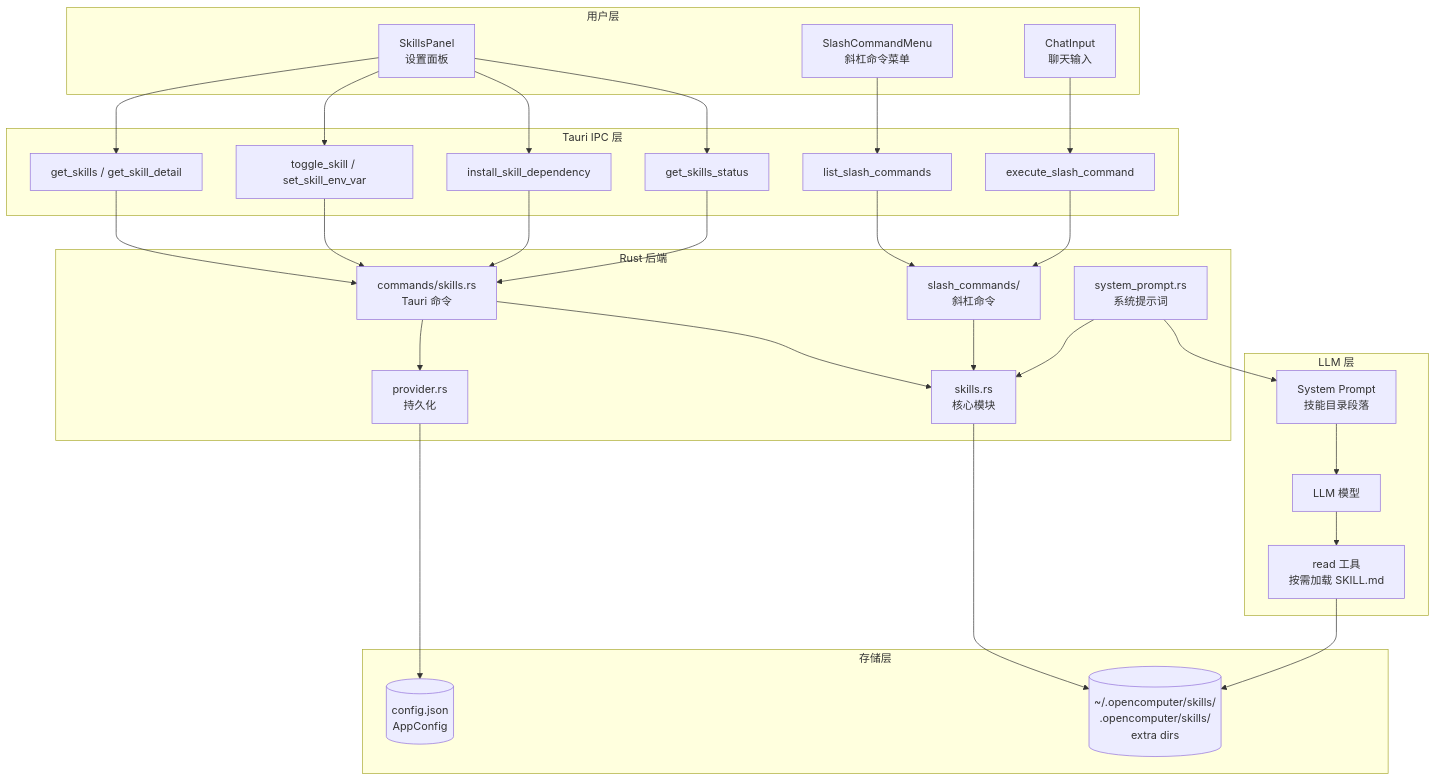
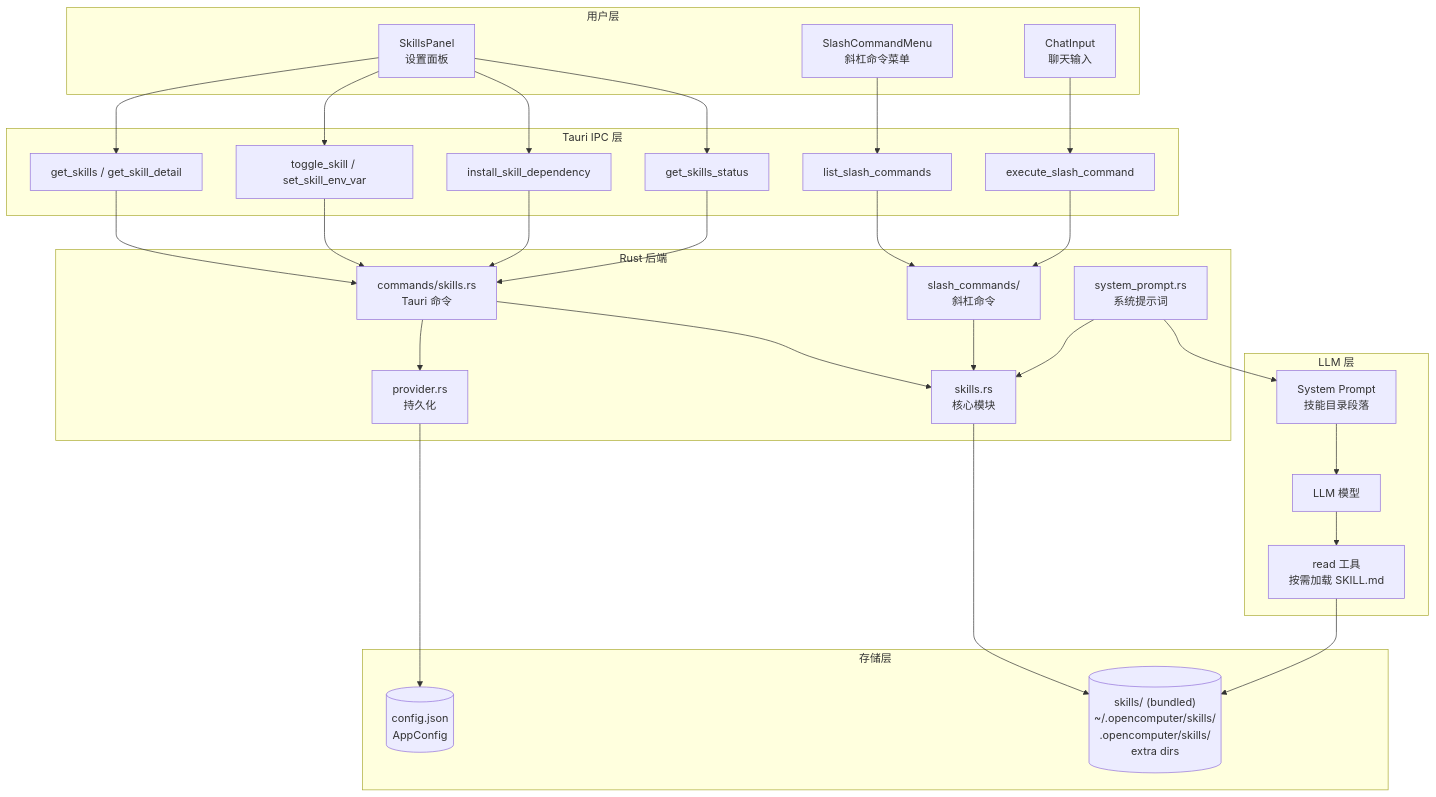
The first of 14 diagrams in docs/architecture/skill-system.md (shiwenwen/hope-agent), drawn with Mermaid before and after one commit. The commit also changed other lines of this file, not shown here.

First line of the commit message:
docs: 更新技能系统架构文档，补充内置技能（Bundled Skills）

````diff
--- a/docs/architecture/skill-system.md
+++ b/docs/architecture/skill-system.md
@@ -42,56 +43,56 @@
 ```mermaid
 graph TB
     subgraph 用户层
         UI[SkillsPanel<br/>设置面板]
         CMD[SlashCommandMenu<br/>斜杠命令菜单]
         CHAT[ChatInput<br/>聊天输入]
     end
 
     subgraph Tauri IPC 层
         T1[get_skills / get_skill_detail]
         T2[toggle_skill / set_skill_env_var]
         T3[install_skill_dependency]
         T4[get_skills_status]
         T5[list_slash_commands]
         T6[execute_slash_command]
     end
 
     subgraph Rust 后端
         SKILLS[skills.rs<br/>核心模块]
         CMDS[commands/skills.rs<br/>Tauri 命令]
         SP[system_prompt.rs<br/>系统提示词]
         SLASH[slash_commands/<br/>斜杠命令]
         PROV[provider.rs<br/>持久化]
     end
 
     subgraph 存储层
         CONFIG[(config.json<br/>AppConfig)]
-        FS[("~/.opencomputer/skills/<br/>.opencomputer/skills/<br/>extra dirs")]
+        FS[("skills/ (bundled)<br/>~/.opencomputer/skills/<br/>.opencomputer/skills/<br/>extra dirs")]
     end
 
     subgraph LLM 层
         PROMPT[System Prompt<br/>技能目录段落]
         LLM[LLM 模型]
         READ[read 工具<br/>按需加载 SKILL.md]
     end
 
     UI --> T1 & T2 & T3 & T4
     CMD --> T5
     CHAT --> T6
 
     T1 & T2 & T3 & T4 --> CMDS
     T5 & T6 --> SLASH
 
     CMDS --> SKILLS
     SLASH --> SKILLS
     SP --> SKILLS
 
     SKILLS --> FS
     CMDS --> PROV
     PROV --> CONFIG
 
     SP --> PROMPT
     PROMPT --> LLM
     LLM --> READ
     READ --> FS
 ```
````
